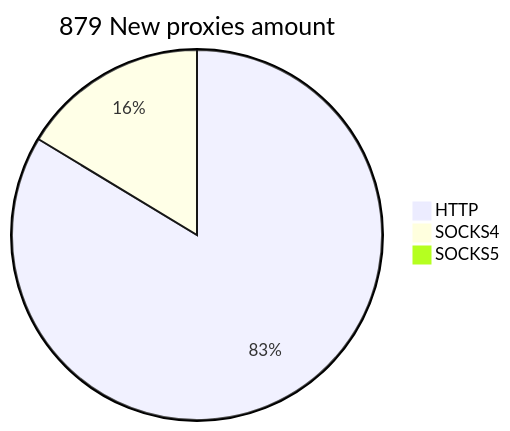
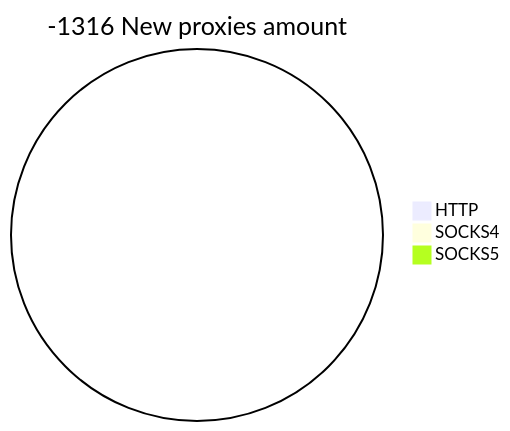
Before and after one commit to cutipu/proxylist: the second of 2 diagrams in README.md, drawn with Mermaid. The commit also changed other lines of this file, not shown here.

````diff
--- a/README.md
+++ b/README.md
@@ -10,6 +10,6 @@
 ```mermaid
-pie title 879 New proxies amount
-    "HTTP" : 732
-    "SOCKS4" : 143
-    "SOCKS5" : 4
+pie title -1316 New proxies amount
+    "HTTP" : 0
+    "SOCKS4" : 0
+    "SOCKS5" : 0
 ```
````
